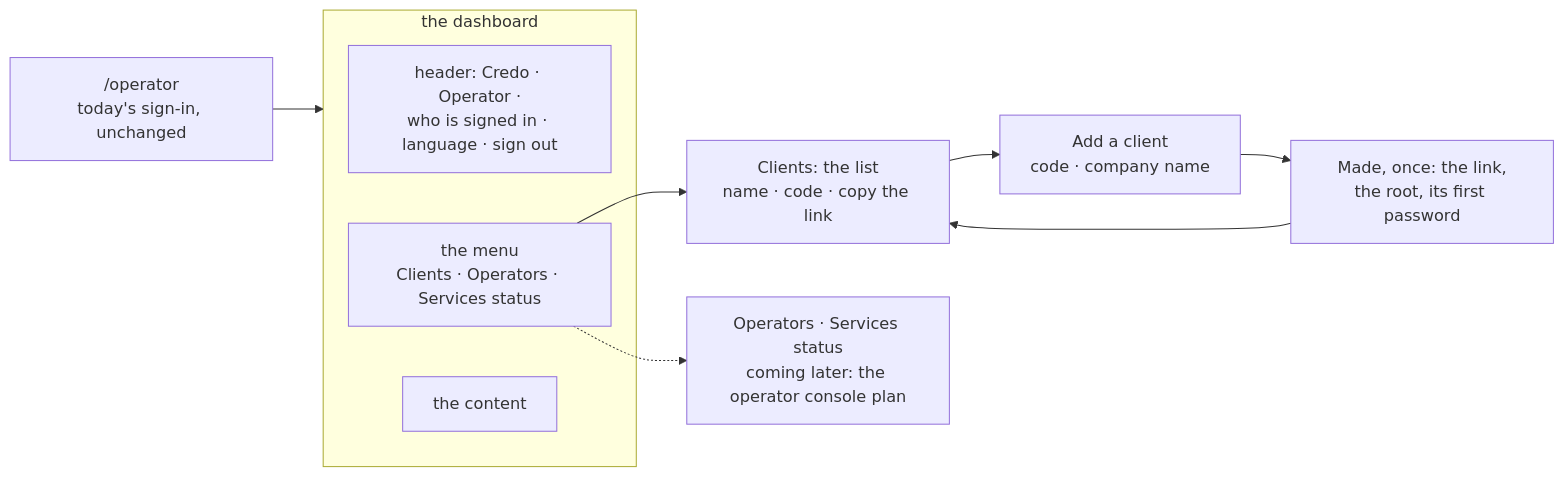
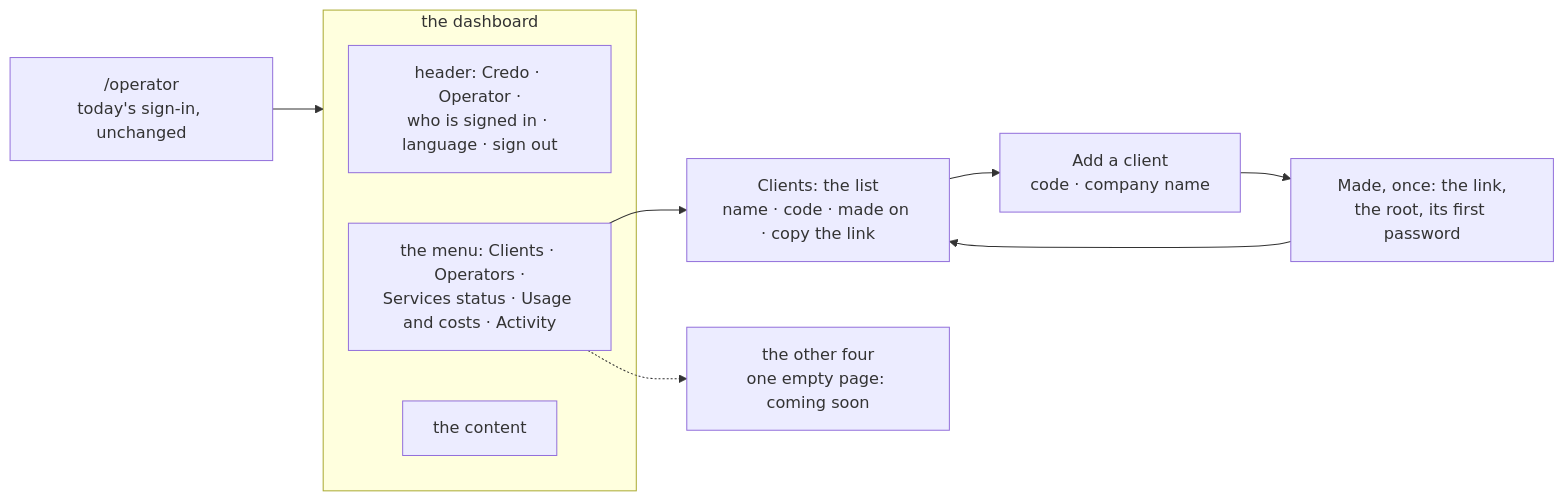
Before and after one commit to ancJ29/credo: the diagram in docs/plans/2026-10-29-operator-dashboard.md, drawn with Mermaid. The commit also changed other lines of this file, not shown here.

First line of the commit message:
docs(plan): operator dashboard amended to the human's three answers

````diff
--- a/docs/plans/2026-10-29-operator-dashboard.md
+++ b/docs/plans/2026-10-29-operator-dashboard.md
@@ -21,14 +24,14 @@
 ```mermaid
 flowchart LR
   signin["/operator<br/>today's sign-in, unchanged"] --> frame
   subgraph frame["the dashboard"]
     header["header: Credo · Operator ·<br/>who is signed in · language · sign out"]
-    menu["the menu<br/>Clients · Operators · Services status"]
+    menu["the menu: Clients · Operators ·<br/>Services status · Usage and costs · Activity"]
     content["the content"]
   end
-  menu --> list["Clients: the list<br/>name · code · copy the link"]
+  menu --> list["Clients: the list<br/>name · code · made on · copy the link"]
   list --> add["Add a client<br/>code · company name"]
   add --> made["Made, once: the link,<br/>the root, its first password"]
   made --> list
-  menu -.-> later["Operators · Services status<br/>coming later: the operator console plan"]
+  menu -.-> soon["the other four<br/>one empty page: coming soon"]
 ```
````
